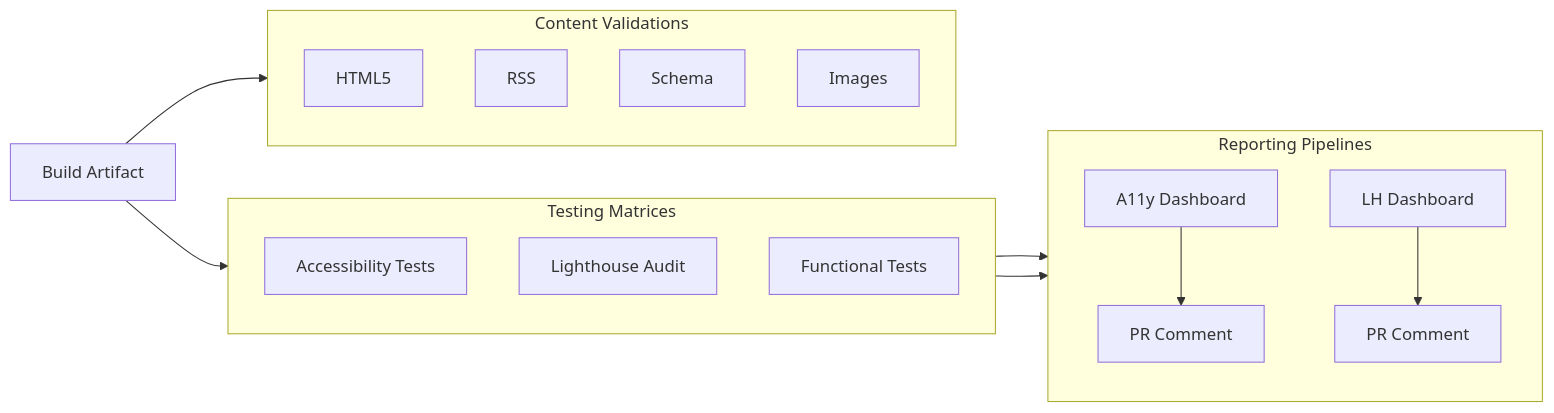
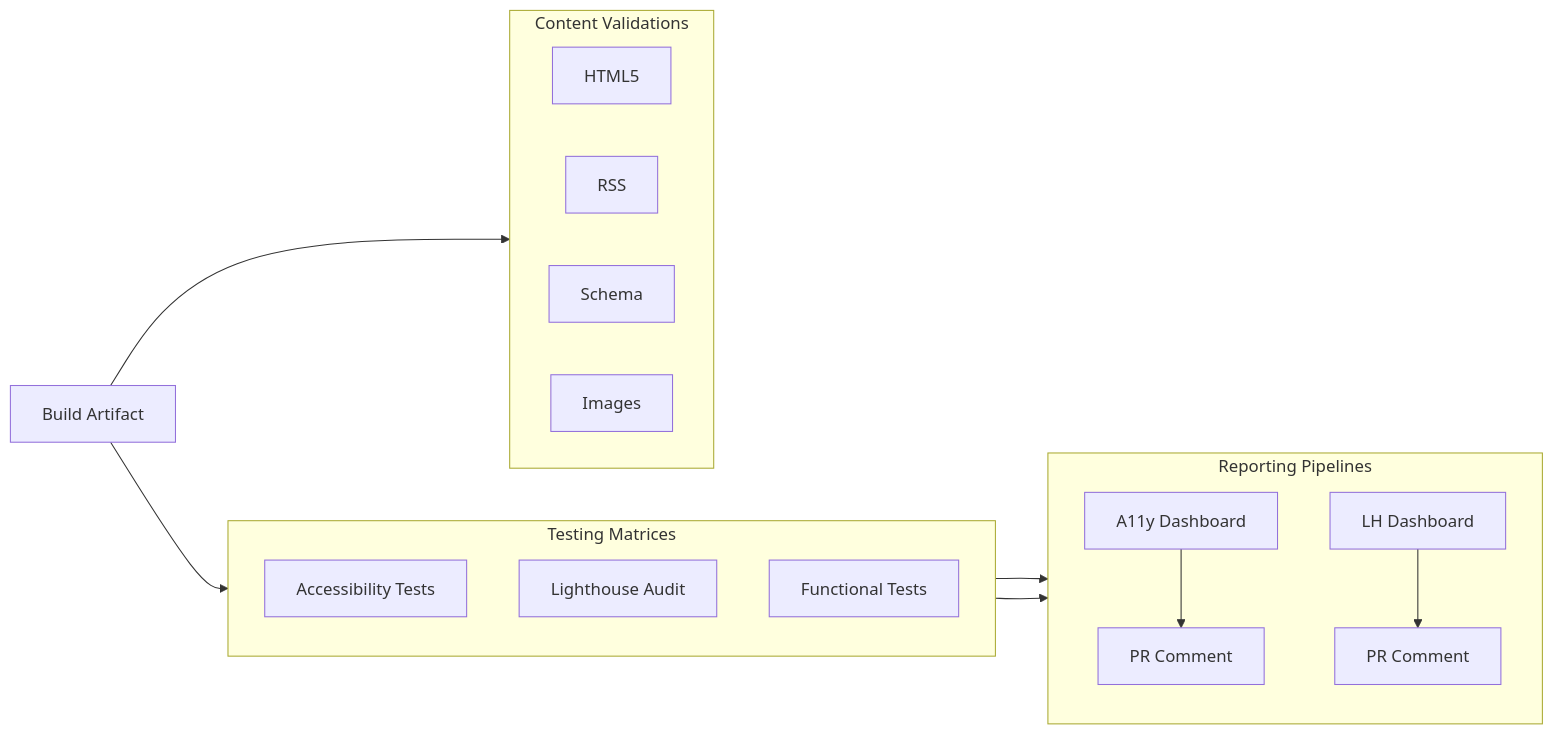
Before and after one commit to jmrplens/jmrp.io: the third of 3 diagrams in README.md, drawn with Mermaid. The commit also changed other lines of this file, not shown here.

First line of the commit message:
Update mermaid diagram flow direction

````diff
--- a/README.md
+++ b/README.md
@@ -164,29 +164,29 @@
 ```mermaid
 graph LR
     Build[Build Artifact] --> TM
     Build --> CV
 
     subgraph TM [Testing Matrices]
         direction TB
         A11y[Accessibility Tests]
         LH[Lighthouse Audit]
         Func[Functional Tests]
     end
 
     subgraph CV [Content Validations]
-        direction TB
+        direction LR
         HTML[HTML5]
         RSS
         Schema
         Img[Images]
     end
 
     subgraph Rep [Reporting Pipelines]
         direction TB
         A11yAgg[A11y Dashboard] --> A11yCom[PR Comment]
         LHAgg[LH Dashboard] --> LHCom[PR Comment]
     end
 
     A11y --> A11yAgg
     LH --> LHAgg
 ```
````
